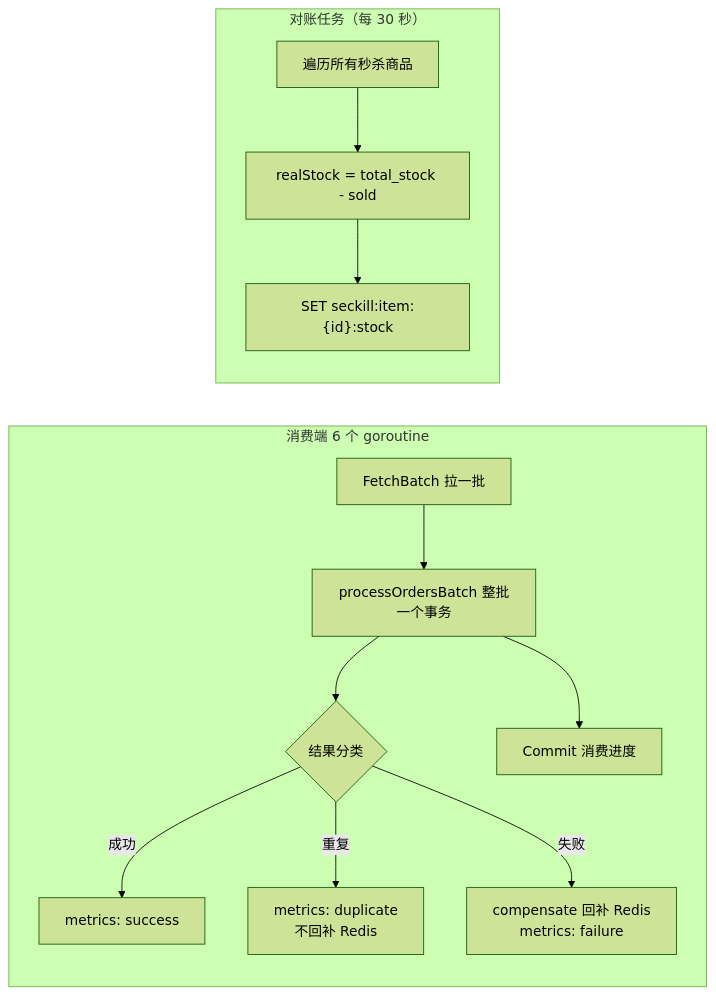
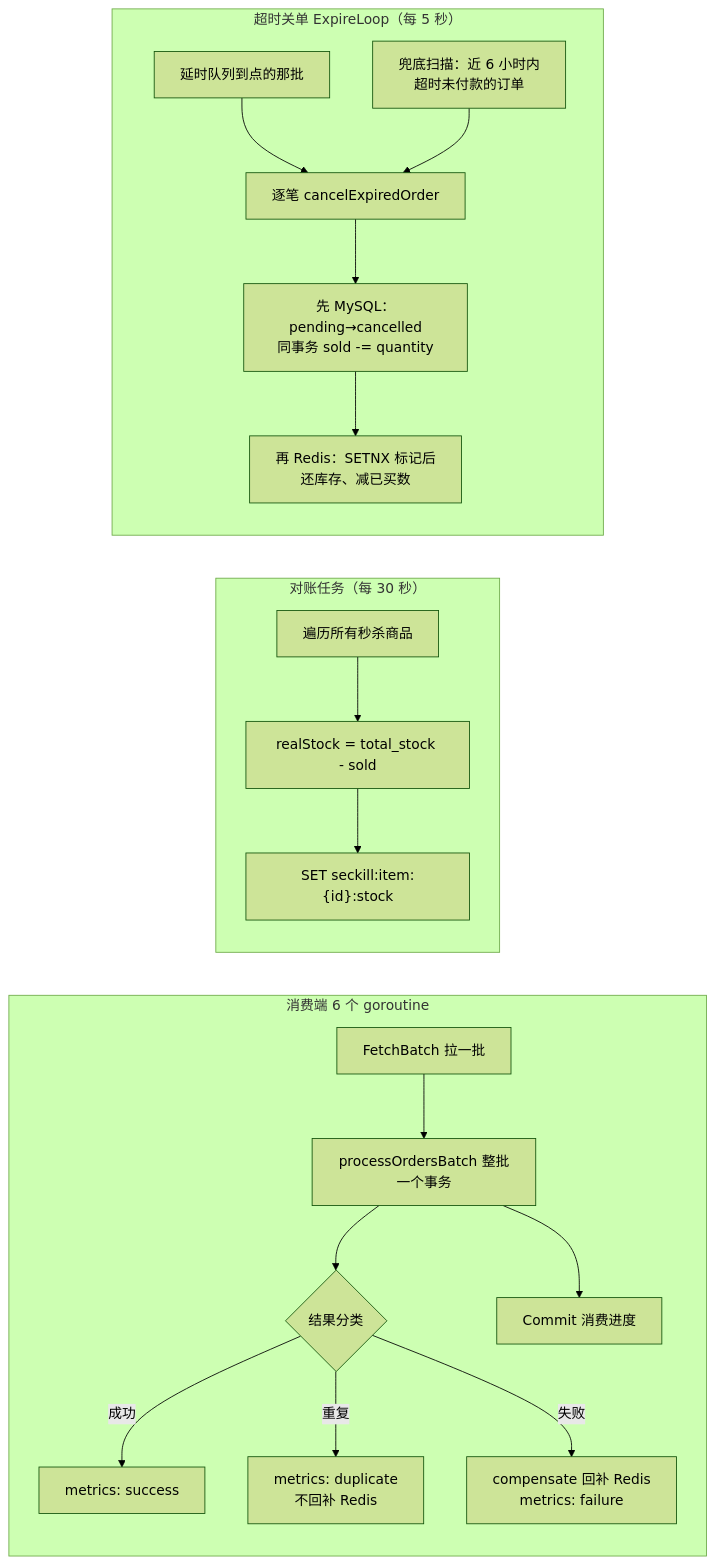
Before and after one commit to easternhighs/shopping_market: the fifth of 5 diagrams in docs/architecture.md, drawn with Mermaid (forest theme). The commit also changed other lines of this file and 14 other files, not shown here.

````diff
--- a/docs/architecture.md
+++ b/docs/architecture.md
@@ -286,14 +368,21 @@
 ```mermaid
 flowchart LR
     subgraph C["消费端 6 个 goroutine"]
         C1["FetchBatch 拉一批"] --> C2["processOrdersBatch 整批一个事务"] --> C3{"结果分类"}
         C3 -->|成功| C4["metrics: success"]
         C3 -->|重复| C5["metrics: duplicate<br/>不回补 Redis"]
         C3 -->|失败| C6["compensate 回补 Redis<br/>metrics: failure"]
         C2 --> C7["Commit 消费进度"]
     end
 
     subgraph R["对账任务（每 30 秒）"]
         R1["遍历所有秒杀商品"] --> R2["realStock = total_stock - sold"] --> R3["SET seckill:item:{id}:stock"]
     end
+
+    subgraph E["超时关单 ExpireLoop（每 5 秒）"]
+        E1["延时队列到点的那批"] --> E3["逐笔 cancelExpiredOrder"]
+        E2["兜底扫描：近 6 小时内<br/>超时未付款的订单"] --> E3
+        E3 --> E4["先 MySQL：pending→cancelled<br/>同事务 sold -= quantity"]
+        E4 --> E5["再 Redis：SETNX 标记后<br/>还库存、减已买数"]
+    end
 ```
````
